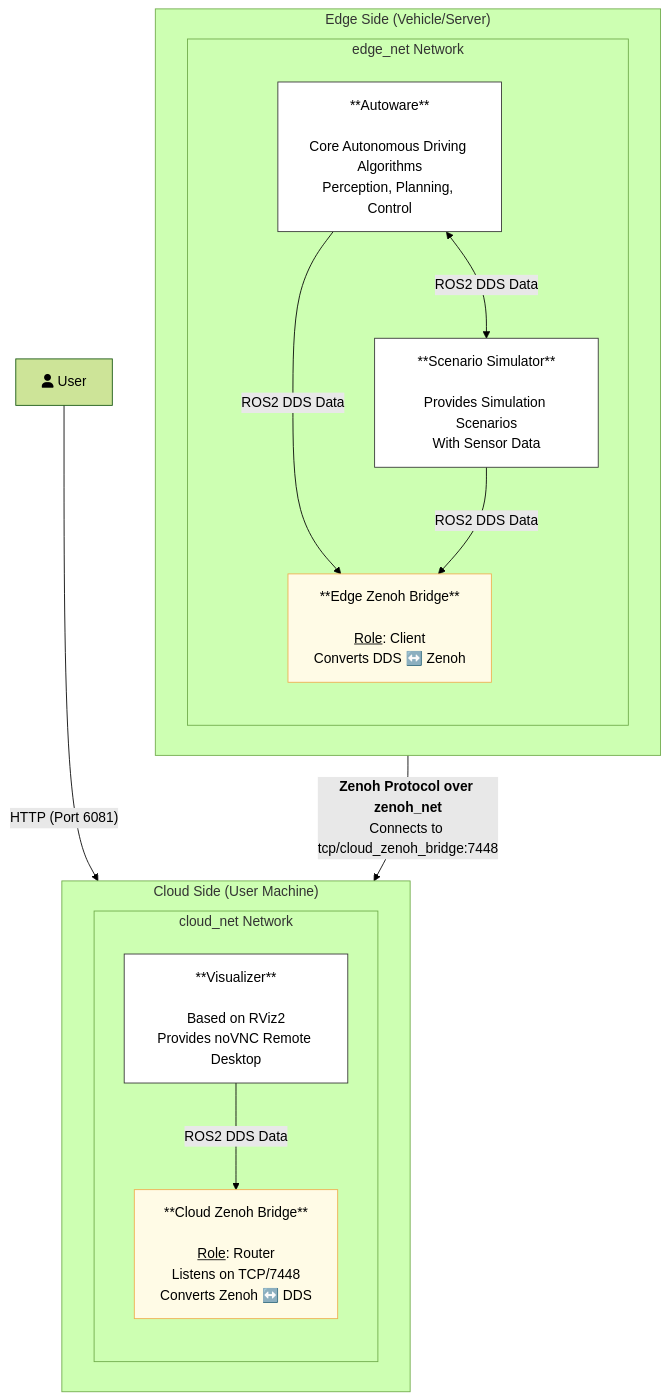
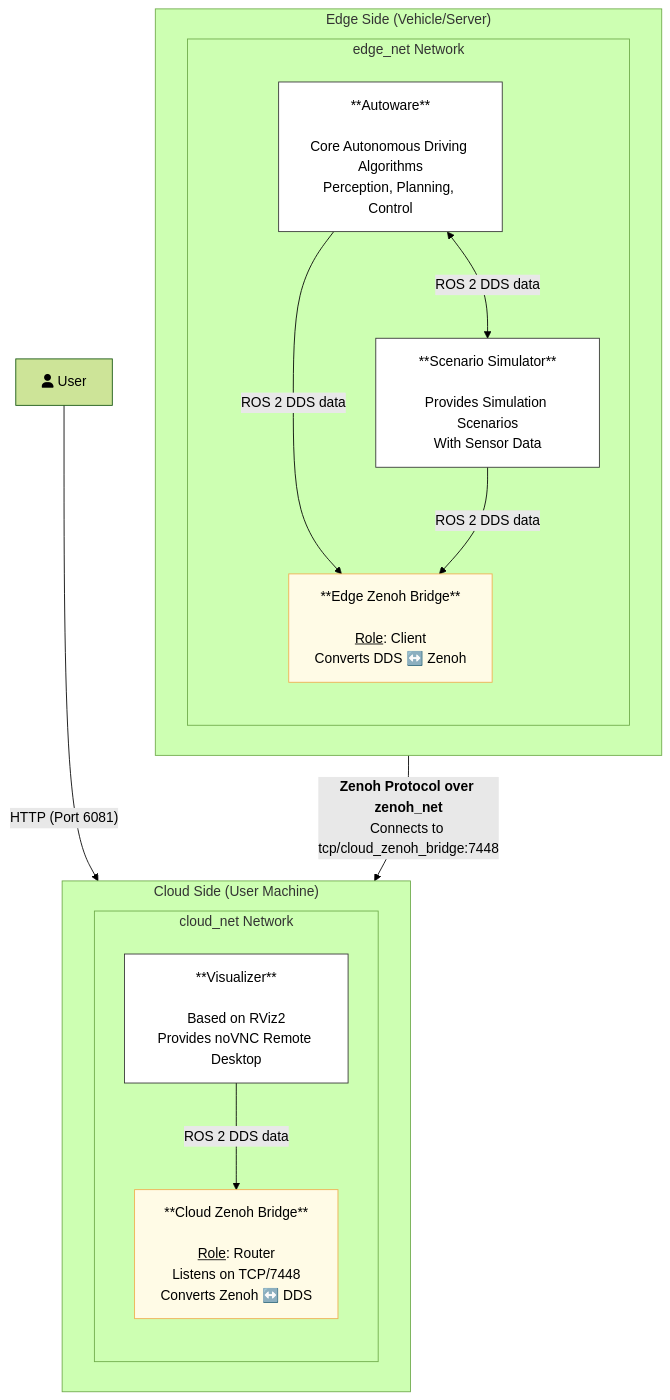
Before and after one commit to oguzkaganozt/openadkit: the diagram in docs/deployments/demos/zenoh-bridge/index.md, drawn with Mermaid (forest theme). The commit also changed other lines of this file and 4 other files, not shown here.

````diff
--- a/docs/deployments/demos/zenoh-bridge/index.md
+++ b/docs/deployments/demos/zenoh-bridge/index.md
@@ -39,52 +39,52 @@
 ```mermaid
 graph TD
     %% --- Style Definitions ---
     classDef machine fill:#f9f9f9,stroke:#333,stroke-width:2px,stroke-dasharray:5 5
     classDef network fill:#e6f3ff,stroke:#0066cc,stroke-width:1.5px
     classDef component fill:#ffffff,stroke:#333
     classDef bridge fill:#fffbe6,stroke:#f0ad4e
     classDef invisible stroke:none,fill:none
 
     %% === Cloud Side ===
     subgraph CloudSide["Cloud Side (User Machine)"]
         direction LR
         class CloudSide machine
 
         subgraph CloudNet[cloud_net Network]
             direction TB
             class CloudNet network
             
             visualizer["**Visualizer**<br><br>Based on RViz2<br>Provides noVNC Remote Desktop"]
             cloud_bridge["**Cloud Zenoh Bridge**<br><br><u>Role</u>: Router<br>Listens on TCP/7448<br>Converts Zenoh ↔️ DDS"]
             class visualizer component
             class cloud_bridge bridge
             
-            visualizer -->|"ROS2 DDS Data"| cloud_bridge
+            visualizer -->|"ROS 2 DDS data"| cloud_bridge
         end
     end
 
     %% === Edge Side ===
     subgraph EdgeSide["Edge Side (Vehicle/Server)"]
         direction LR
         class EdgeSide machine
 
         subgraph EdgeNet[edge_net Network]
             direction TB
             class EdgeNet network
 
             autoware["**Autoware**<br><br>Core Autonomous Driving Algorithms<br>Perception, Planning, Control"]
             scenario_simulator["**Scenario Simulator**<br><br>Provides Simulation Scenarios<br>With Sensor Data"]
             edge_bridge["**Edge Zenoh Bridge**<br><br><u>Role</u>: Client<br>Converts DDS ↔️ Zenoh"]
             class autoware,scenario_simulator component
             class edge_bridge bridge
 
-            autoware <-->|"ROS2 DDS Data"| scenario_simulator
-            autoware -->|"ROS2 DDS Data"| edge_bridge
-            scenario_simulator -->|"ROS2 DDS Data"| edge_bridge
+            autoware <-->|"ROS 2 DDS data"| scenario_simulator
+            autoware -->|"ROS 2 DDS data"| edge_bridge
+            scenario_simulator -->|"ROS 2 DDS data"| edge_bridge
         end
     end
 
     %% === External & Cross-Network Connections ===
     user[fa:fa-user User] -->|"HTTP (Port 6081)"| visualizer
     edge_bridge -->|"<b>Zenoh Protocol over zenoh_net</b><br>Connects to tcp/cloud_zenoh_bridge:7448"| cloud_bridge
 ```
````
